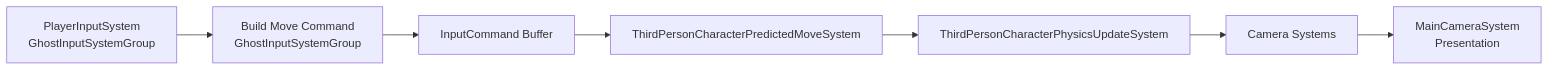
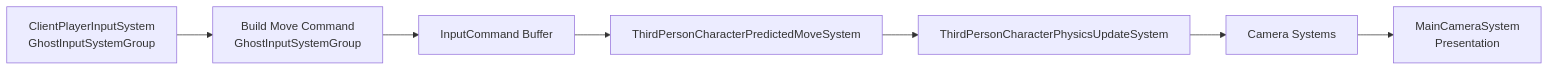
One commit to mcaswen/AnimarsCatcher changed the second of 3 diagrams in docs/Architecture/02_ECSDataModel.md. Above: the diagram before and after it, drawn with Mermaid. The commit also changed other lines of this file and 391 other files, not shown here.

````diff
--- a/docs/Architecture/02_ECSDataModel.md
+++ b/docs/Architecture/02_ECSDataModel.md
@@ -159,12 +159,12 @@
 ```mermaid
 flowchart LR
-    Input[PlayerInputSystem<br/>GhostInputSystemGroup]
+    Input[ClientPlayerInputSystem<br/>GhostInputSystemGroup]
     Build[Build Move Command<br/>GhostInputSystemGroup]
     Command[InputCommand Buffer]
     Predicted[ThirdPersonCharacterPredictedMoveSystem]
     KCC[ThirdPersonCharacterPhysicsUpdateSystem]
     Camera[Camera Systems]
     MainCamera[MainCameraSystem<br/>Presentation]
 
     Input --> Build --> Command --> Predicted --> KCC --> Camera --> MainCamera
 ```
````
